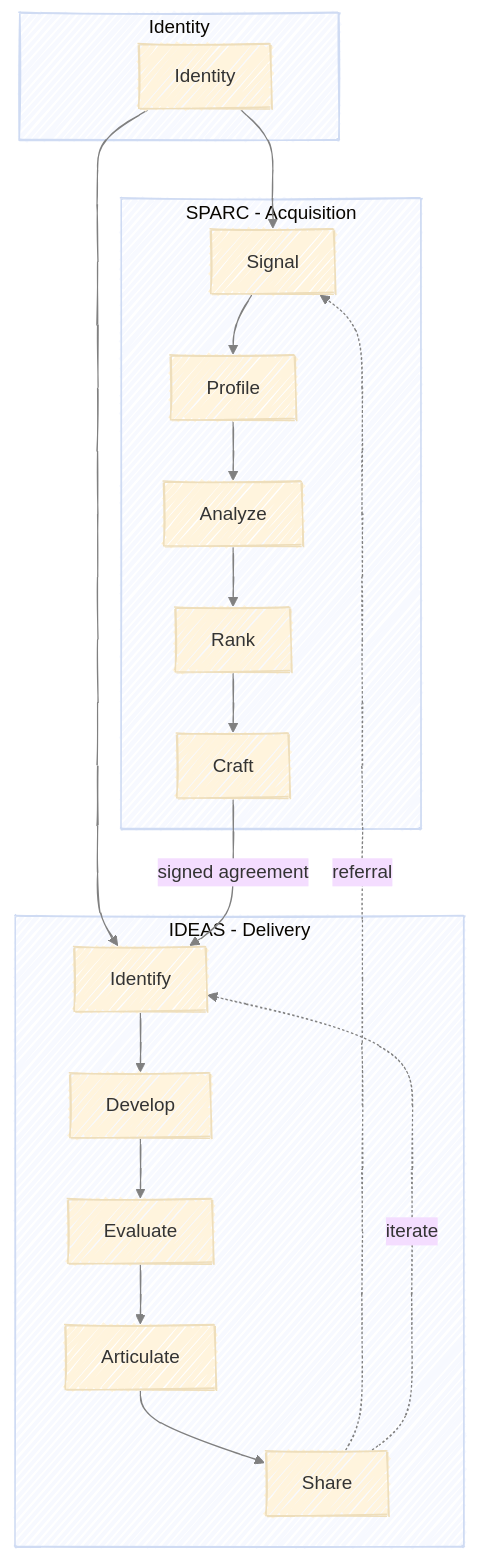
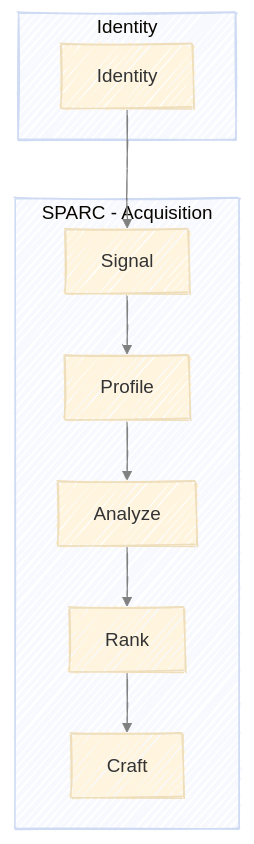
One commit to athrael-soju/framework-generator changed the diagram in docs/PRAXIS.md. Above: the diagram before and after it, drawn with Mermaid. The commit also changed other lines of this file and 21 other files, not shown here.

````diff
--- a/docs/PRAXIS.md
+++ b/docs/PRAXIS.md
@@ -7,34 +7,23 @@
 ```mermaid
 ---
 config:
   layout: dagre
   look: handDrawn
   theme: base
   themeVariables:
     lineColor: gray
 ---
 flowchart TB
     subgraph Foundation ["Identity"]
         Identity["Identity"]
     end
 
     subgraph SPARC ["SPARC - Acquisition"]
         S["Signal"] --> P["Profile"]
         P --> A["Analyze"]
         A --> R["Rank"]
         R --> C["Craft"]
     end
 
-    subgraph IDEAS ["IDEAS - Delivery"]
-        Id["Identify"] --> D["Develop"]
-        D --> E["Evaluate"]
-        E --> Ar["Articulate"]
-        Ar --> Sh["Share"]
-    end
-
     Identity --> S
-    Identity --> Id
-    C --> |"signed agreement"| Id
-    Sh -.-> |"referral"| S
-    Sh -.-> |"iterate"| Id
 ```
````
